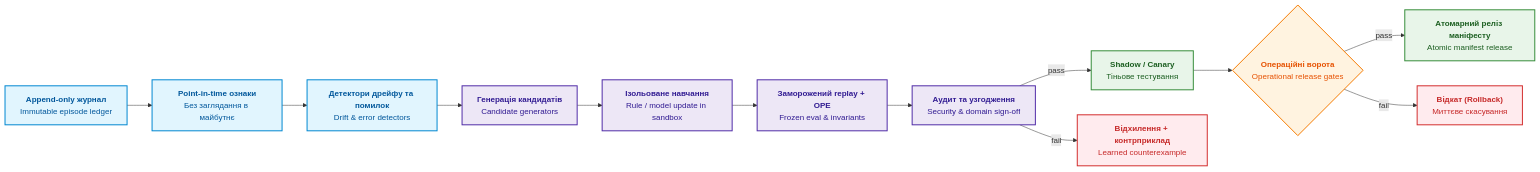
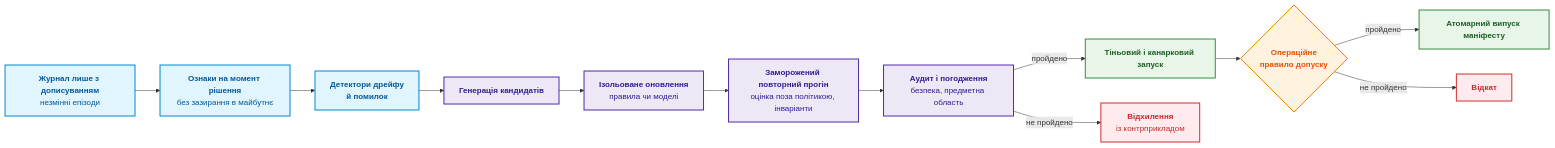
Before and after one commit to nick-fedchik/articles: the seventh of 7 diagrams in ExpertSystem/ch26-continual-learning.md, drawn with Mermaid. The commit also changed other lines of this file, not shown here.

````diff
--- a/ExpertSystem/ch26-continual-learning.md
+++ b/ExpertSystem/ch26-continual-learning.md
@@ -568,29 +491,29 @@
 ```mermaid
 flowchart LR
-    accTitle: Конвеєр релізу оновлень бази правил
-    accDescr: Від append-only журналу через ізольоване навчання та OPE до shadow-тестування та атомарного релізу.
+    accTitle: Конвеєр випуску оновлень бази правил
+    accDescr: Незмінний журнал дає ознаки на момент рішення, детектори дрейфу й помилок запускають генерацію кандидатів, кандидатів оновлюють ізольовано, перевіряють на замороженому наборі, погоджують, запускають у тіньовому режимі й випускають атомарно або відкочують.
 
-    LED["<b>Append-only журнал</b><br/>Immutable episode ledger"] --> FEAT["<b>Point-in-time ознаки</b><br/>Без заглядання в майбутнє"]
-    FEAT --> DET["<b>Детектори дрейфу та помилок</b><br/>Drift & error detectors"]
-    DET --> GEN["<b>Генерація кандидатів</b><br/>Candidate generators"]
-    GEN --> ISO["<b>Ізольоване навчання</b><br/>Rule / model update in sandbox"]
-    ISO --> EVAL["<b>Заморожений replay + OPE</b><br/>Frozen eval & invariants"]
-    EVAL --> REV["<b>Аудит та узгодження</b><br/>Security & domain sign-off"]
-    REV -->|pass| SH["<b>Shadow / Canary</b><br/>Тіньове тестування"]
-    REV -->|fail| REJ["<b>Відхилення + контрприклад</b><br/>Learned counterexample"]
-    SH --> GATE{"<b>Операційні ворота</b><br/>Operational release gates"}
-    GATE -->|pass| REL["<b>Атомарний реліз маніфесту</b><br/>Atomic manifest release"]
-    GATE -->|fail| RB["<b>Відкат (Rollback)</b><br/>Миттєве скасування"]
+    LED["<b>Журнал лише з дописуванням</b><br/>незмінні епізоди"] --> FEAT["<b>Ознаки на момент рішення</b><br/>без зазирання в майбутнє"]
+    FEAT --> DET["<b>Детектори дрейфу<br/>й помилок</b>"]
+    DET --> GEN["<b>Генерація кандидатів</b>"]
+    GEN --> ISO["<b>Ізольоване оновлення</b><br/>правила чи моделі"]
+    ISO --> EVAL["<b>Заморожений повторний прогін</b><br/>оцінка поза політикою, інваріанти"]
+    EVAL --> REV["<b>Аудит і погодження</b><br/>безпека, предметна область"]
+    REV -->|"пройдено"| SH["<b>Тіньовий і канарковий запуск</b>"]
+    REV -->|"не пройдено"| REJ["<b>Відхилення</b><br/>із контрприкладом"]
+    SH --> GATE{"<b>Операційне<br/>правило допуску</b>"}
+    GATE -->|"пройдено"| REL["<b>Атомарний випуск маніфесту</b>"]
+    GATE -->|"не пройдено"| RB["<b>Відкат</b>"]
 
     classDef inp fill:#e1f5fe,stroke:#0288d1,stroke-width:2px,color:#01579b;
     classDef proc fill:#ede7f6,stroke:#512da8,stroke-width:2px,color:#311b92;
     classDef gate fill:#fff3e0,stroke:#f57c00,stroke-width:2px,color:#e65100;
     classDef ok fill:#e8f5e9,stroke:#388e3c,stroke-width:2px,color:#1b5e20;
     classDef fail fill:#ffebee,stroke:#d32f2f,stroke-width:2px,color:#c62828;
 
     class LED,FEAT,DET inp;
     class GEN,ISO,EVAL,REV proc;
     class GATE gate;
     class SH,REL ok;
     class REJ,RB fail;
 ```
````
